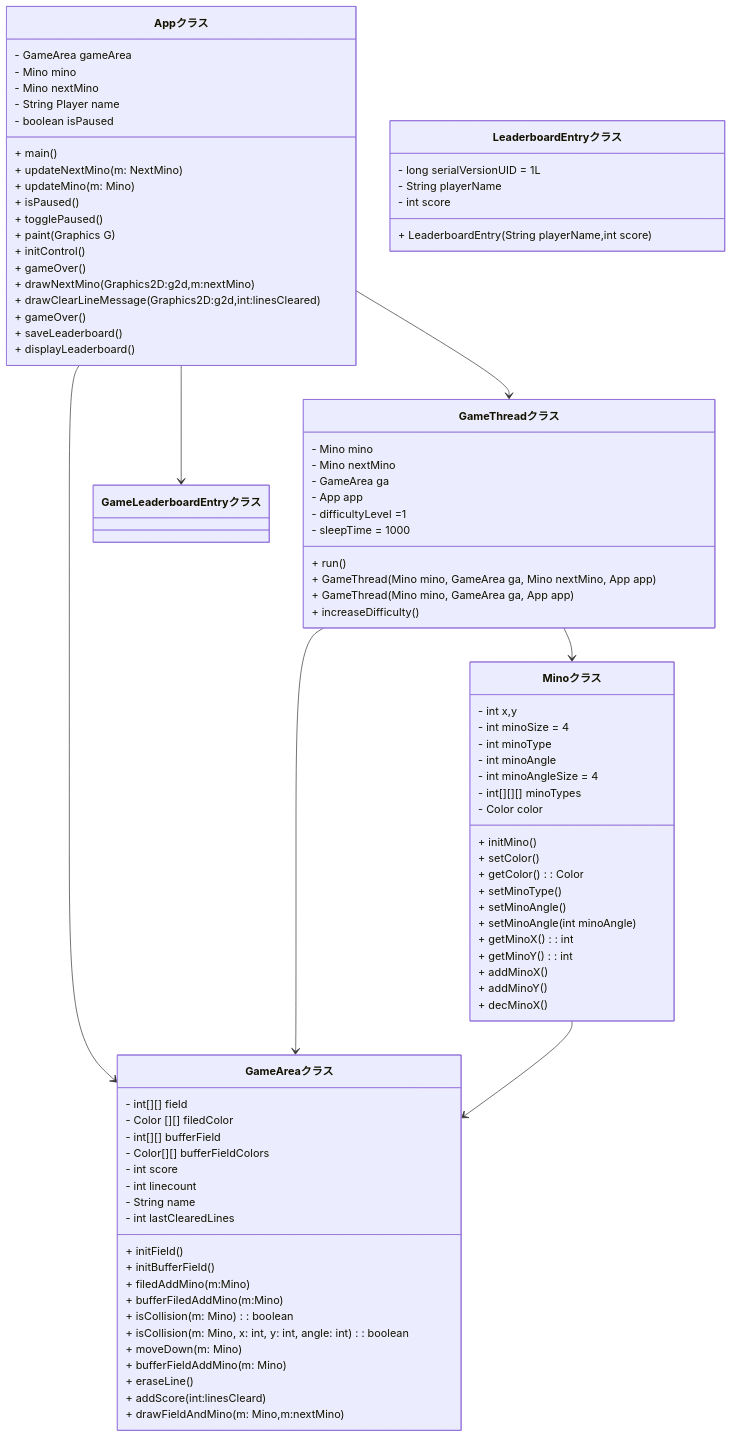
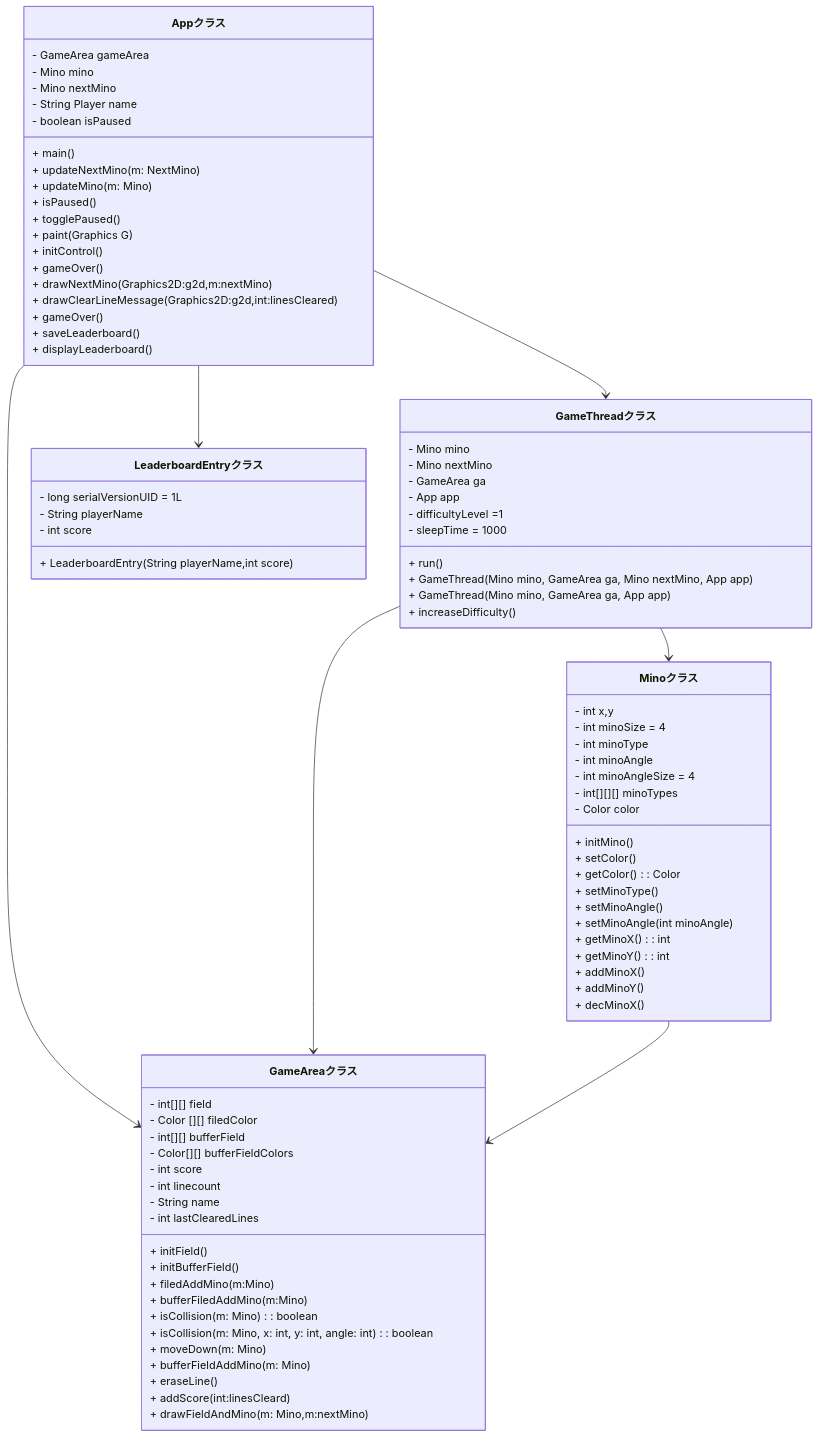
The diagram in classDia.md (keigo66/teamB_TETRIS), drawn with Mermaid before and after one commit.

```diff
--- a/classDia.md
+++ b/classDia.md
@@ -85,7 +85,7 @@
         + LeaderboardEntry(String playerName,int score)
 
     }
-     Appクラス  --> GameLeaderboardEntryクラス
+     Appクラス  --> LeaderboardEntryクラス
     Appクラス  --> GameThreadクラス
     Appクラス  --> GameAreaクラス
     GameThreadクラス --> GameAreaクラス
```
